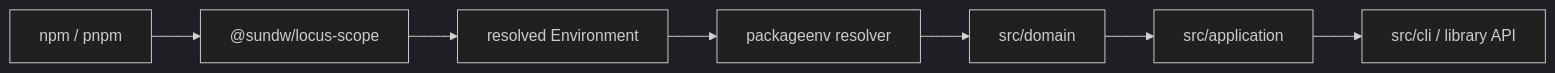
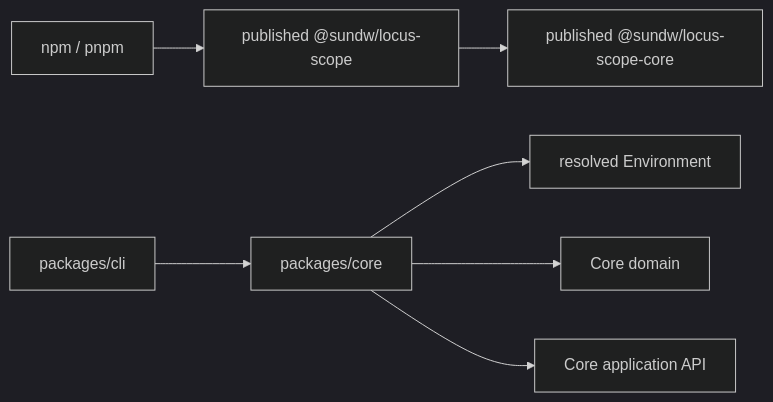
Before and after one commit to SWdrift/locus-scope: the diagram in documents/current-architecture.md, drawn with Mermaid (dark theme). The commit also changed other lines of this file and 69 other files, not shown here.

Commit message:
feat: 完成4.1.0核心图能力与分包发布文档

````diff
--- a/documents/current-architecture.md
+++ b/documents/current-architecture.md
@@ -35,9 +50,9 @@
 ```mermaid
 flowchart LR
-    PM[npm / pnpm] --> JS["@sundw/locus-scope"]
-    JS --> PE["resolved Environment"]
-    PE --> ENV["packageenv resolver"]
-    ENV --> DOMAIN["src/domain"]
-    DOMAIN --> APP["src/application"]
-    APP --> CLI["src/cli / library API"]
+    PM[npm / pnpm] --> CLI["published @sundw/locus-scope"]
+    CLI --> CORE["published @sundw/locus-scope-core"]
+    CLI_SRC["packages/cli"] --> CORE_SRC["packages/core"]
+    CORE_SRC --> PE["resolved Environment"]
+    CORE_SRC --> DOMAIN["Core domain"]
+    CORE_SRC --> APP["Core application API"]
 ```
````
